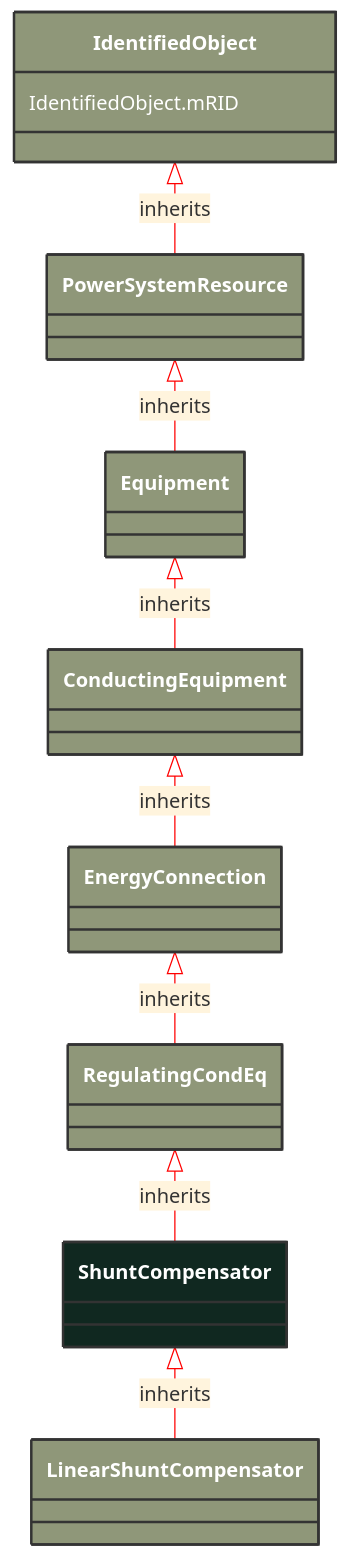
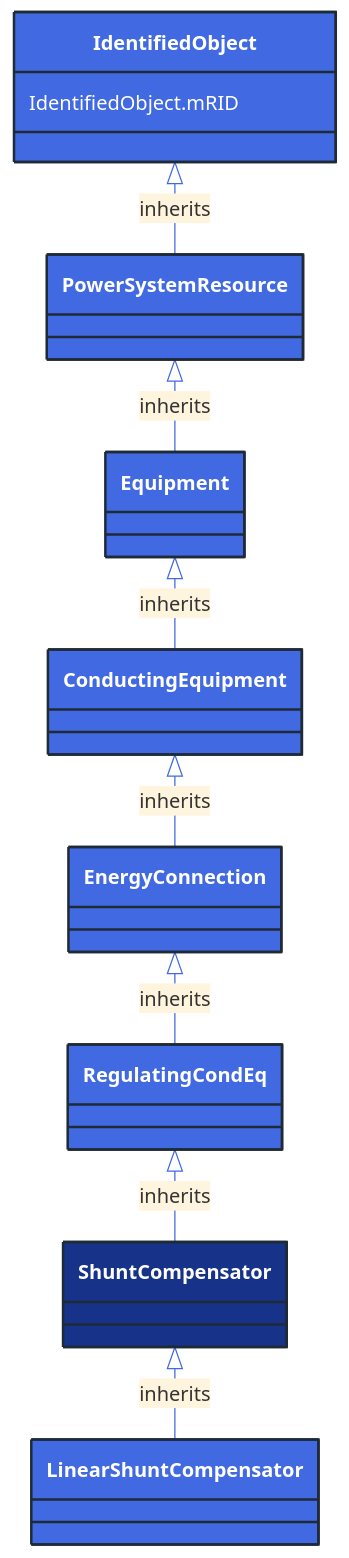
The diagram in docs/Models/Profiles/ShortCircuit/AbstractClasses/ShuntCompensator.md (3lbits/NoCIMExtensions), drawn with Mermaid before and after one commit. The commit also changed 362 other files, not shown here.

First line of the commit message:
Update diagrams and styles for improved visual consistency

````diff
--- a/docs/Models/Profiles/ShortCircuit/AbstractClasses/ShuntCompensator.md
+++ b/docs/Models/Profiles/ShortCircuit/AbstractClasses/ShuntCompensator.md
@@ -10,41 +10,41 @@
 ```mermaid
-%%{init: {'theme':'base','themeVariables': {'lineColor': '#FF0000'}}}%%
+%%{init: {'theme':'base','themeVariables': {'lineColor': '#4169E1'}}}%%
 classDiagram
     class ShuntCompensator
     click ShuntCompensator href "/Models/Profiles/ShortCircuit/AbstractClasses/ShuntCompensator/"
-    style ShuntCompensator fill:#102820,stroke:#333,stroke-width:2px,rx:10,ry:10,color:white
+    style ShuntCompensator fill:#163289,stroke:#1F2A37,stroke-width:2px,rx:10,ry:10,color:white
 
         ShuntCompensator <|-- LinearShuntCompensator : inherits
 
         LinearShuntCompensator
             click LinearShuntCompensator href "/Models/Profiles/ShortCircuit/ConcreteClasses/LinearShuntCompensator/"
-            style LinearShuntCompensator fill:#8F9779,stroke:#333,stroke-width:2px,rx:10,ry:10,color:white
+            style LinearShuntCompensator fill:#4169E1,stroke:#1F2A37,stroke-width:2px,rx:10,ry:10,color:white
      
         RegulatingCondEq <|-- ShuntCompensator : inherits
             click RegulatingCondEq href "/Models/Profiles/ShortCircuit/AbstractClasses/RegulatingCondEq/"
-            style RegulatingCondEq fill:#8F9779,stroke:#333,stroke-width:2px,rx:10,ry:10,color:white
+            style RegulatingCondEq fill:#4169E1,stroke:#1F2A37,stroke-width:2px,rx:10,ry:10,color:white
      
         EnergyConnection <|-- RegulatingCondEq : inherits
             click EnergyConnection href "/Models/Profiles/ShortCircuit/AbstractClasses/EnergyConnection/"
-            style EnergyConnection fill:#8F9779,stroke:#333,stroke-width:2px,rx:10,ry:10,color:white
+            style EnergyConnection fill:#4169E1,stroke:#1F2A37,stroke-width:2px,rx:10,ry:10,color:white
      
         ConductingEquipment <|-- EnergyConnection : inherits
             click ConductingEquipment href "/Models/Profiles/ShortCircuit/AbstractClasses/ConductingEquipment/"
-            style ConductingEquipment fill:#8F9779,stroke:#333,stroke-width:2px,rx:10,ry:10,color:white
+            style ConductingEquipment fill:#4169E1,stroke:#1F2A37,stroke-width:2px,rx:10,ry:10,color:white
      
         Equipment <|-- ConductingEquipment : inherits
             click Equipment href "/Models/Profiles/ShortCircuit/AbstractClasses/Equipment/"
-            style Equipment fill:#8F9779,stroke:#333,stroke-width:2px,rx:10,ry:10,color:white
+            style Equipment fill:#4169E1,stroke:#1F2A37,stroke-width:2px,rx:10,ry:10,color:white
      
         PowerSystemResource <|-- Equipment : inherits
             click PowerSystemResource href "/Models/Profiles/ShortCircuit/AbstractClasses/PowerSystemResource/"
-            style PowerSystemResource fill:#8F9779,stroke:#333,stroke-width:2px,rx:10,ry:10,color:white
+            style PowerSystemResource fill:#4169E1,stroke:#1F2A37,stroke-width:2px,rx:10,ry:10,color:white
      
         IdentifiedObject <|-- PowerSystemResource : inherits
             click IdentifiedObject href "/Models/Profiles/ShortCircuit/AbstractClasses/IdentifiedObject/"
-            style IdentifiedObject fill:#8F9779,stroke:#333,stroke-width:2px,rx:10,ry:10,color:white
+            style IdentifiedObject fill:#4169E1,stroke:#1F2A37,stroke-width:2px,rx:10,ry:10,color:white
 
 
 
         IdentifiedObject : IdentifiedObject.mRID
 ```
````
